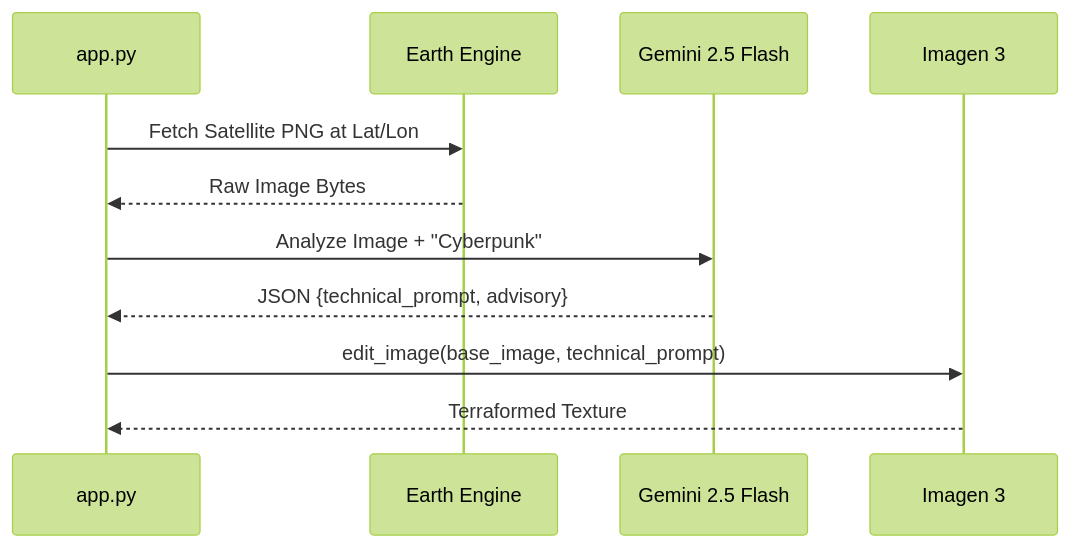
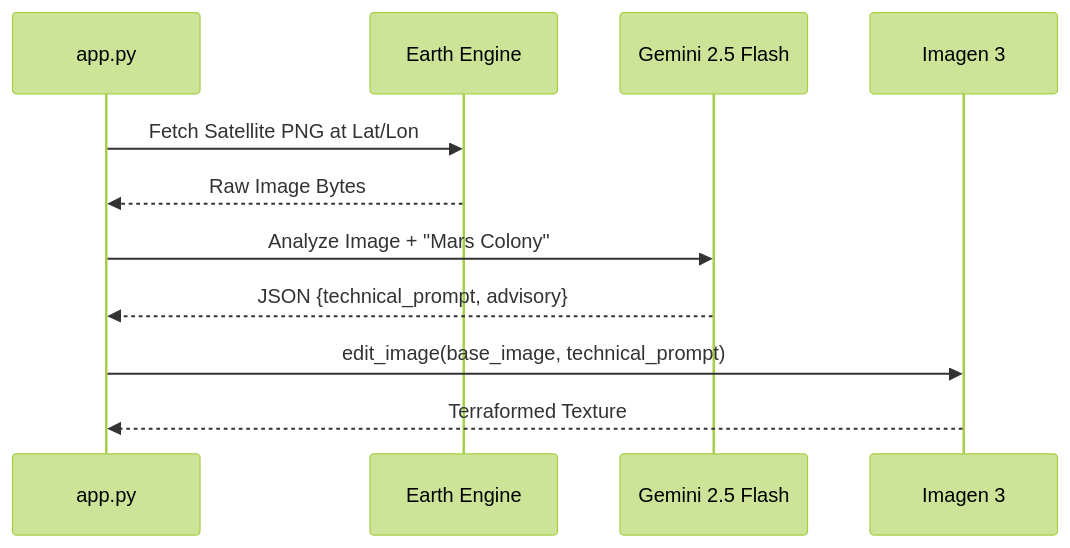
One commit to jorgeajimenez/ai-flight-simulator changed the diagram in codelab/04-ai-vision.md. Above: the diagram before and after it, drawn with Mermaid (forest theme). The commit also changed other lines of this file and 5 other files, not shown here.

````diff
--- a/codelab/04-ai-vision.md
+++ b/codelab/04-ai-vision.md
@@ -15,14 +19,14 @@
 ```mermaid
 sequenceDiagram
     participant App as app.py
     participant EE as Earth Engine
     participant G25 as Gemini 2.5 Flash
     participant I3 as Imagen 3
 
     App->>EE: Fetch Satellite PNG at Lat/Lon
     EE-->>App: Raw Image Bytes
-    App->>G25: Analyze Image + "Cyberpunk"
+    App->>G25: Analyze Image + "Mars Colony"
     G25-->>App: JSON {technical_prompt, advisory}
     App->>I3: edit_image(base_image, technical_prompt)
     I3-->>App: Terraformed Texture
 ```
````
